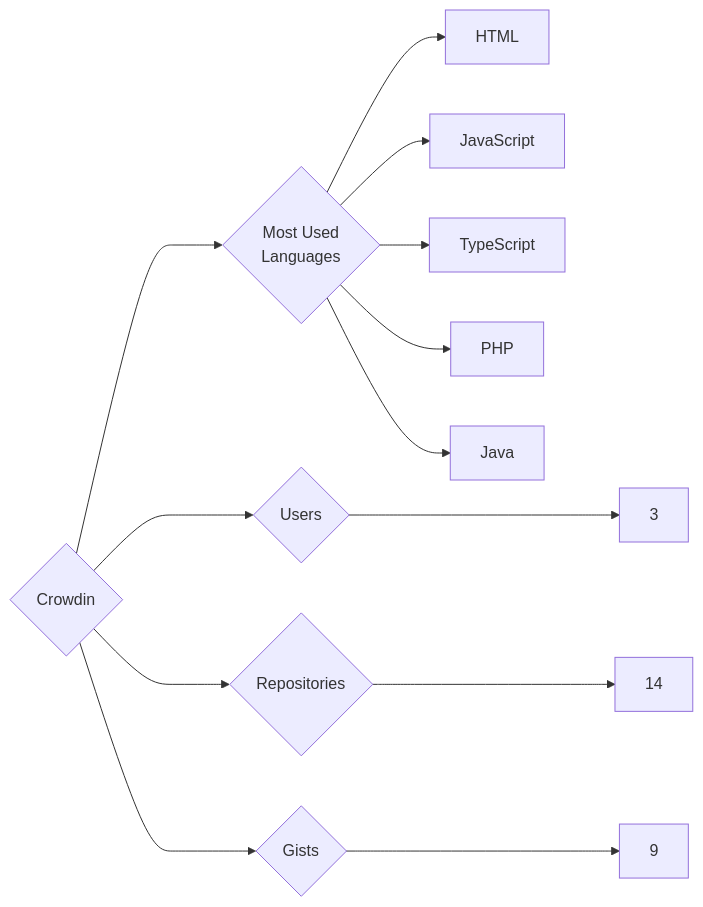
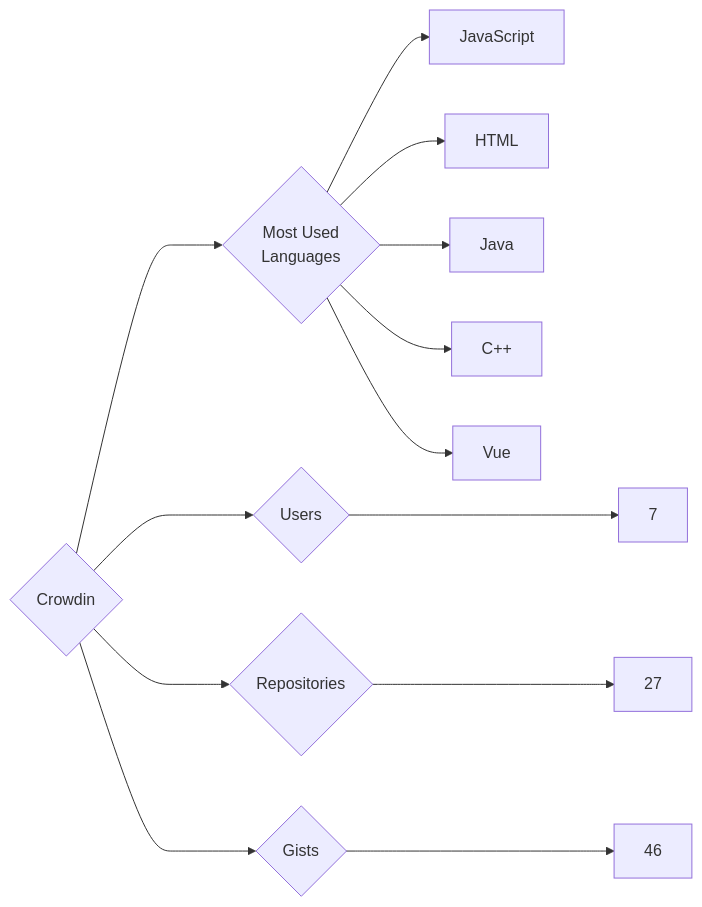
Before and after one commit to trickest/insiders: the diagram in targets/Crowdin/README.md, drawn with Mermaid. The commit also changed 888 other files, not shown here.

````diff
--- a/targets/Crowdin/README.md
+++ b/targets/Crowdin/README.md
@@ -3,13 +3,13 @@
 ```mermaid
 graph LR
 COMPANY_NAME{Crowdin}
-COMPANY_NAME ---> U{Users} ---> UN[3]
-COMPANY_NAME ---> R{Repositories} ---> RN[14]
-COMPANY_NAME ---> G{Gists} ---> GN[9]
+COMPANY_NAME ---> U{Users} ---> UN[7]
+COMPANY_NAME ---> R{Repositories} ---> RN[27]
+COMPANY_NAME ---> G{Gists} ---> GN[46]
 COMPANY_NAME ---> ML{Most Used<br>Languages}
+ML --> JavaScript[JavaScript]
 ML --> HTML[HTML]
-ML --> JavaScript[JavaScript]
-ML --> TypeScript[TypeScript]
-ML --> PHP[PHP]
 ML --> Java[Java]
+ML --> C++[C++]
+ML --> Vue[Vue]
 ```
````
